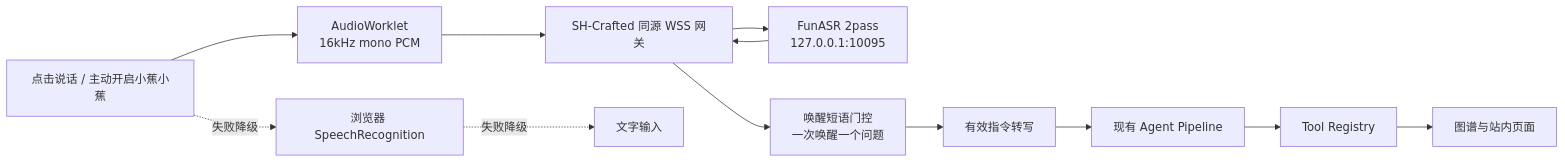
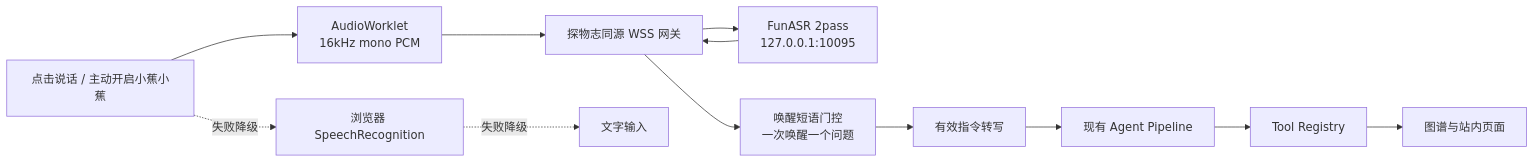
One commit to 1Ayaka/SH-Crafted changed the diagram in docs/FunASR本地语音识别部署与运维.md. Above: the diagram before and after it, drawn with Mermaid. The commit also changed other lines of this file and 44 other files, not shown here.

````diff
--- a/docs/FunASR本地语音识别部署与运维.md
+++ b/docs/FunASR本地语音识别部署与运维.md
@@ -9,14 +9,14 @@
 ```mermaid
 flowchart LR
   Browser[点击说话 / 主动开启小蕉小蕉] --> Worklet[AudioWorklet\n16kHz mono PCM]
-  Worklet --> Gateway[SH-Crafted 同源 WSS 网关]
+  Worklet --> Gateway[探物志同源 WSS 网关]
   Gateway --> FunASR[FunASR 2pass\n127.0.0.1:10095]
   FunASR --> Gateway
   Gateway --> Gate[唤醒短语门控\n一次唤醒一个问题]
   Gate --> Final[有效指令转写]
   Final --> Agent[现有 Agent Pipeline]
   Agent --> Registry[Tool Registry]
   Registry --> UI[图谱与站内页面]
   Browser -.失败降级.-> BrowserSTT[浏览器 SpeechRecognition]
   BrowserSTT -.失败降级.-> Text[文字输入]
 ```
````
